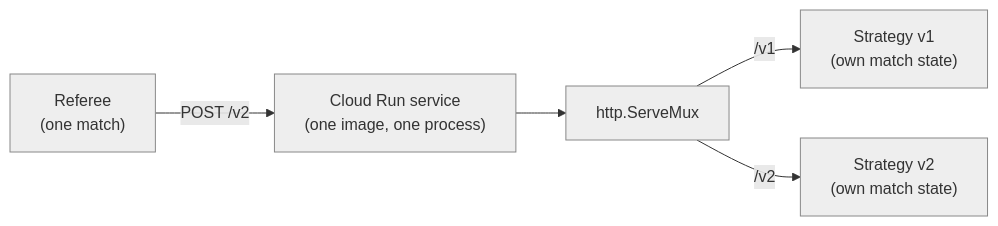
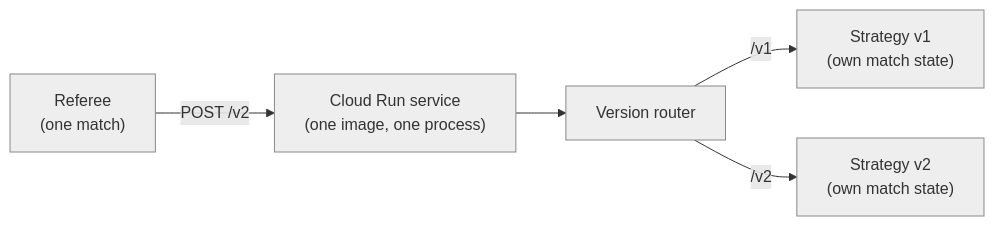
Before and after one commit to Axemere-LLC/gismo-agent-hosting: the diagram in docs/serving-multiple-versions.md, drawn with Mermaid. The commit also changed other lines of this file and 5 other files, not shown here.

````diff
--- a/docs/serving-multiple-versions.md
+++ b/docs/serving-multiple-versions.md
@@ -40,10 +42,10 @@
 ```mermaid
 flowchart LR
     Referee["Referee<br>(one match)"] -->|"POST /v2"| Service["Cloud Run service<br>(one image, one process)"]
-    Service --> Mux["http.ServeMux"]
+    Service --> Mux["Version router"]
     Mux -->|"/v1"| S1["Strategy v1<br>(own match state)"]
     Mux -->|"/v2"| S2["Strategy v2<br>(own match state)"]
 
     classDef gray fill:#eee,stroke:#888,color:#333;
     class Referee,Service,Mux,S1,S2 gray;
 ```
````
